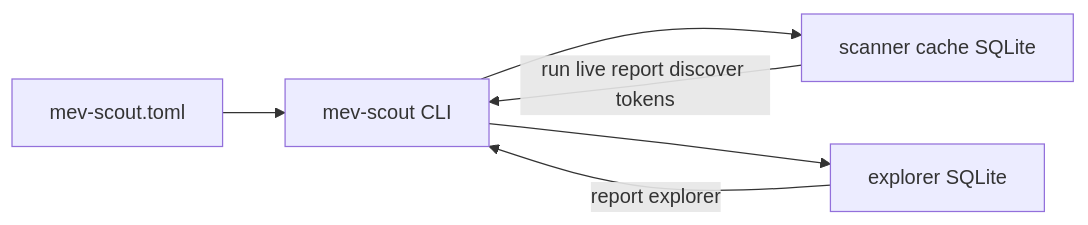
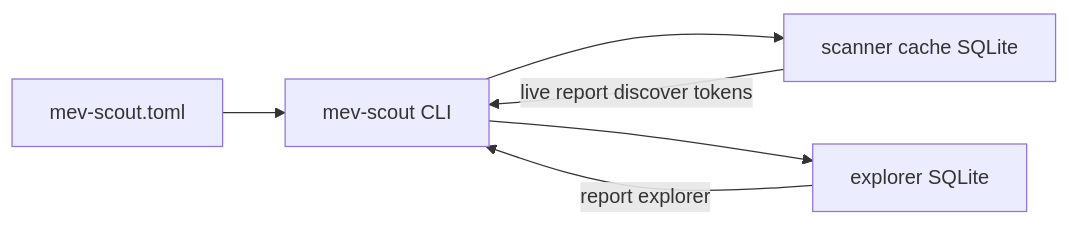
The second of 11 diagrams in docs/ARCHITECTURE.md (moha-moradi/mev-scout), drawn with Mermaid before and after one commit. The commit also changed other lines of this file and 27 other files, not shown here.

First line of the commit message:
refactor(cli): consolidate and enhance live command functionality

````diff
--- a/docs/ARCHITECTURE.md
+++ b/docs/ARCHITECTURE.md
@@ -174,12 +179,12 @@
 ```mermaid
 flowchart LR
     toml[mev-scout.toml]
     cli[mev-scout CLI]
     cache[scanner cache SQLite]
     explorer[explorer SQLite]
     toml --> cli
     cli --> cache
     cli --> explorer
-    cache -->|"run live report discover tokens"| cli
+    cache -->|"live report discover tokens"| cli
     explorer -->|"report explorer"| cli
 ```
````
